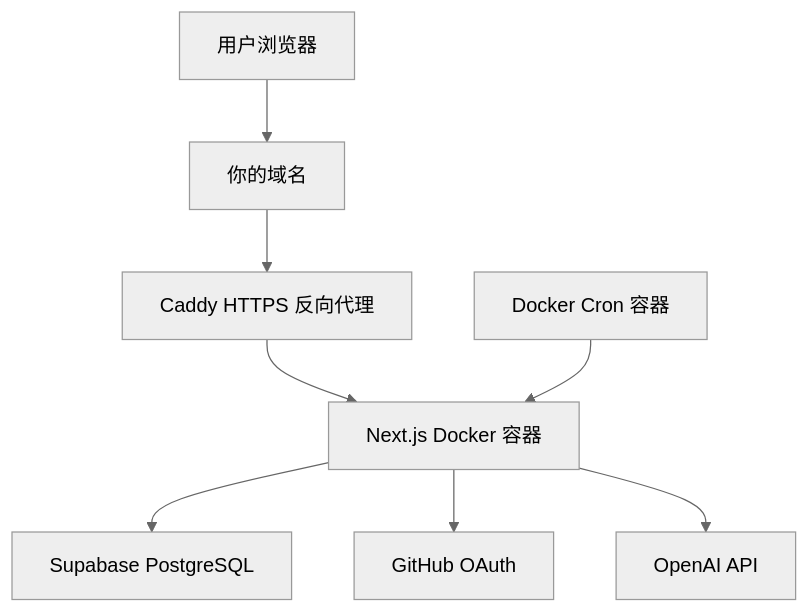
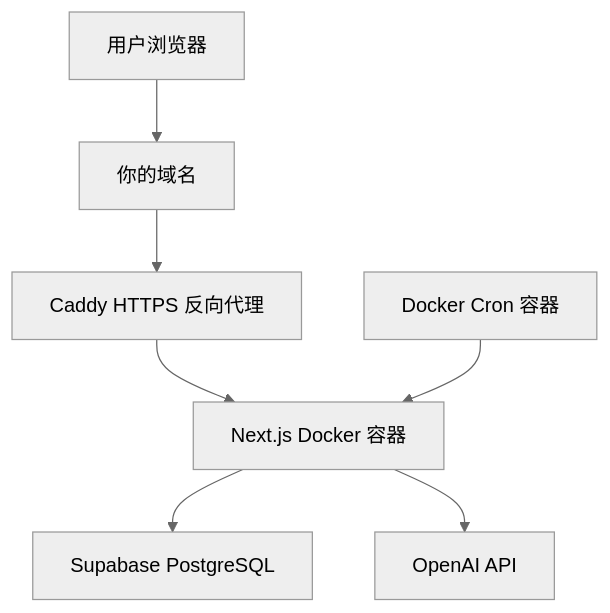
The diagram in docs/deployment.md (Shaoyi23/ai-tech-briefing), drawn with Mermaid (neutral theme) before and after one commit. The commit also changed other lines of this file and 36 other files, not shown here.

````diff
--- a/docs/deployment.md
+++ b/docs/deployment.md
@@ -7,11 +9,10 @@
 ```mermaid
 flowchart TB
   User["用户浏览器"] --> Domain["你的域名"]
   Domain --> Caddy["Caddy HTTPS 反向代理"]
   Caddy --> App["Next.js Docker 容器"]
 
   Cron["Docker Cron 容器"] --> App
   App --> Supabase["Supabase PostgreSQL"]
-  App --> GitHub["GitHub OAuth"]
   App --> OpenAI["OpenAI API"]
 ```
````
